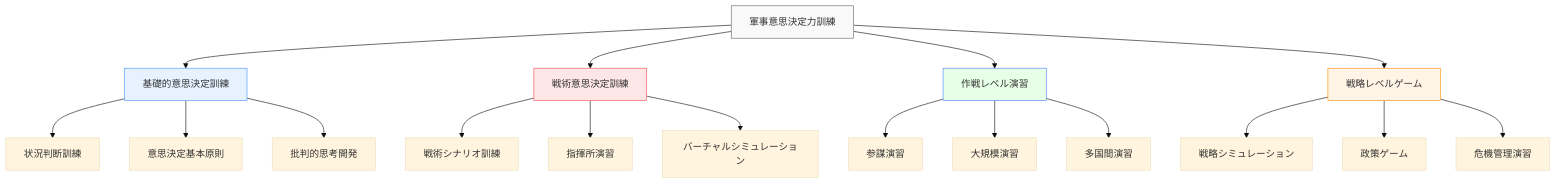
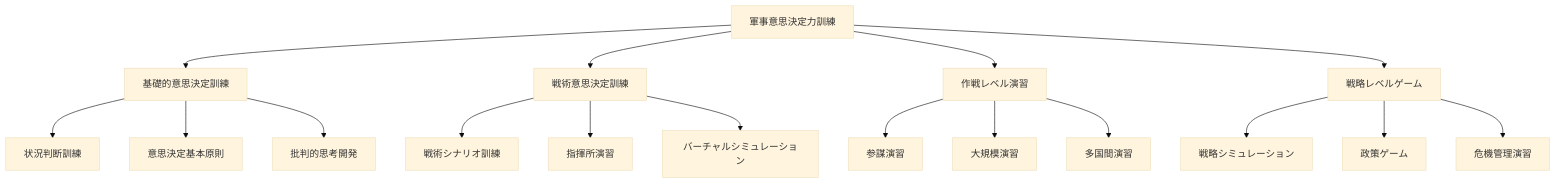
Before and after one commit to shuji-bonji/Situational-Awareness-and-Decision-Making: the ninth of 10 diagrams in docs/applications/military-dm.md, drawn with Mermaid (base theme). The commit also changed other lines of this file and 49 other files, not shown here.

Commit message:
fix: ダークモードで見づらい図の色の変更

````diff
--- a/docs/applications/military-dm.md
+++ b/docs/applications/military-dm.md
@@ -469,29 +469,29 @@
 ```mermaid
 graph TD
     A[軍事意思決定力訓練] --> B[基礎的意思決定訓練]
     A --> C[戦術意思決定訓練]
     A --> D[作戦レベル演習]
     A --> E[戦略レベルゲーム]
     
     B --> B1[状況判断訓練]
     B --> B2[意思決定基本原則]
     B --> B3[批判的思考開発]
     
     C --> C1[戦術シナリオ訓練]
     C --> C2[指揮所演習]
     C --> C3[バーチャルシミュレーション]
     
     D --> D1[参謀演習]
     D --> D2[大規模演習]
     D --> D3[多国間演習]
     
     E --> E1[戦略シミュレーション]
     E --> E2[政策ゲーム]
     E --> E3[危機管理演習]
     
-    style A fill:#f9f9f9,stroke:#666
-    style B fill:#e6f2ff,stroke:#4d94ff
-    style C fill:#ffe6e6,stroke:#ff4d4d
-    style D fill:#e6ffe6,stroke:#4d7fff
-    style E fill:#fff4e6,stroke:#ff8c00
+
+
+
+
+
 ```
````
